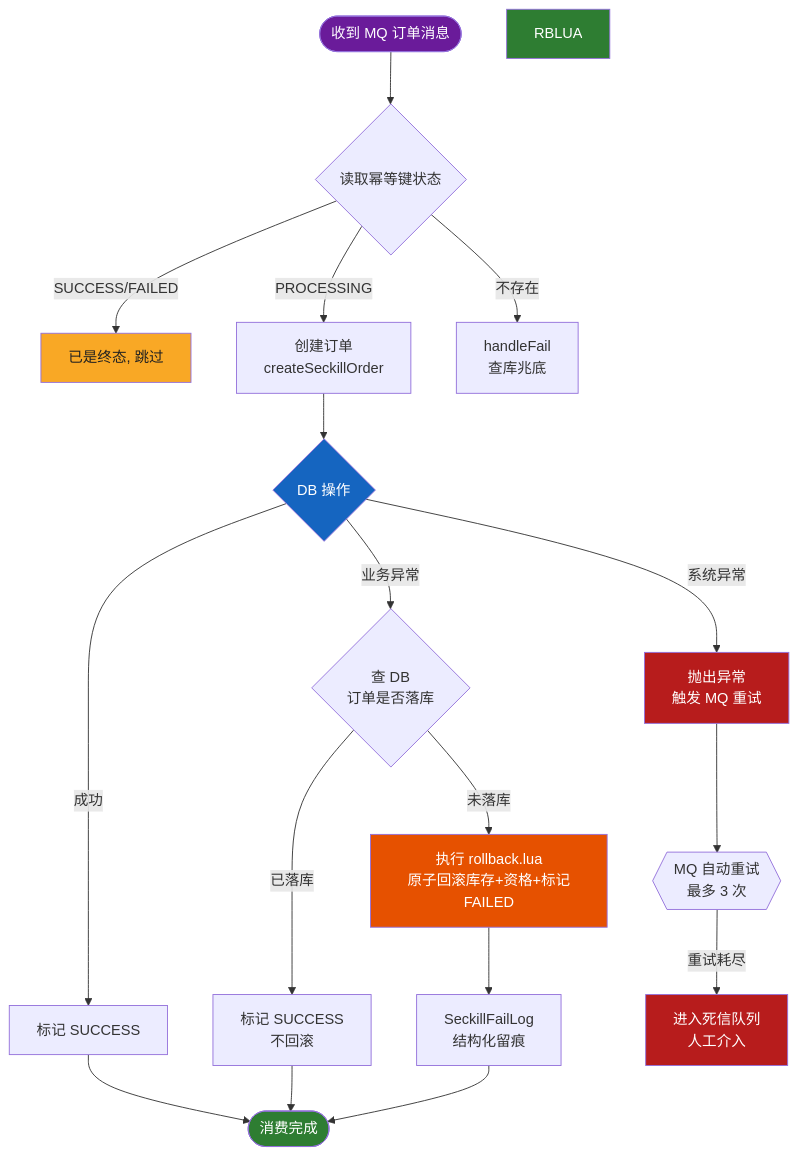
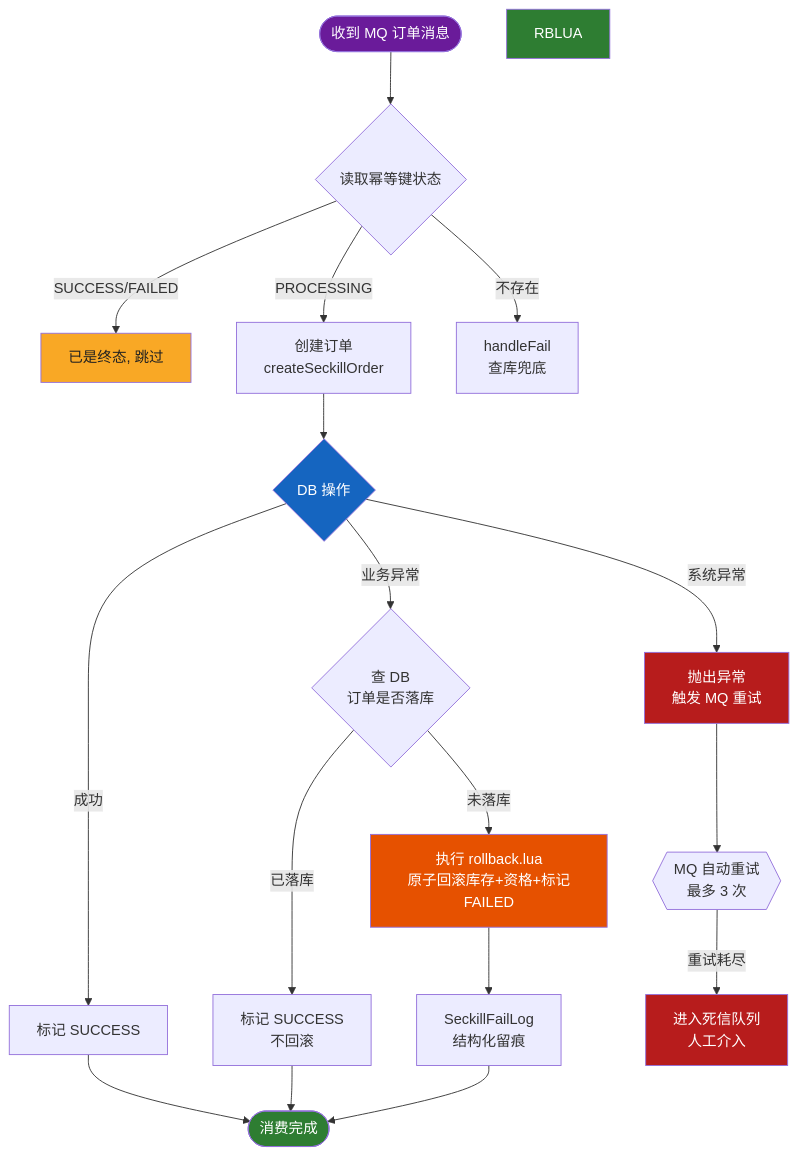
The third of 3 diagrams in README.md (Shardkiht/FlashDeal), drawn with Mermaid before and after one commit. The commit also changed other lines of this file and 1 other file, not shown here.

````diff
--- a/README.md
+++ b/README.md
@@ -219,31 +219,31 @@
 ```mermaid
 flowchart TD
     MSG([收到 MQ 订单消息]) --> STATUS{读取幂等键状态}
     STATUS -->|SUCCESS/FAILED| SKIP[已是终态, 跳过]
     STATUS -->|PROCESSING| CREATE[创建订单<br/>createSeckillOrder]
-    STATUS -->|不存在| HANDLEFAIL[handleFail<br/>查库兆底]
+    STATUS -->|不存在| HANDLEFAIL[handleFail<br/>查库兜底]
 
     CREATE --> DBSAVE{DB 操作}
     DBSAVE -->|成功| MARK[标记 SUCCESS]
     MARK --> DONE([消费完成])
 
     DBSAVE -->|业务异常| CHECK{查 DB<br/>订单是否落库}
     CHECK -->|已落库| MARK2[标记 SUCCESS<br/>不回滚]
     MARK2 --> DONE
     CHECK -->|未落库| RBLUA2[执行 rollback.lua<br/>原子回滚库存+资格+标记FAILED]
     RBLUA2 --> RECORD[SeckillFailLog<br/>结构化留痕]
     RECORD --> DONE
 
     DBSAVE -->|系统异常| THROW1[抛出异常<br/>触发 MQ 重试]
     THROW1 --> RETRY{{MQ 自动重试<br/>最多 3 次}}
     RETRY -->|重试耗尽| DLQ[进入死信队列<br/>人工介入]
 
     style MSG fill:#6a1b9a,color:#fff
     style DONE fill:#2e7d32,color:#fff
     style SKIP fill:#f9a825,color:#212121
     style THROW1 fill:#b71c1c,color:#fff
     style DLQ fill:#b71c1c,color:#fff
     style RBLUA fill:#2e7d32,color:#fff
     style RBLUA2 fill:#e65100,color:#fff
     style DBSAVE fill:#1565c0,color:#fff
 ```
````
